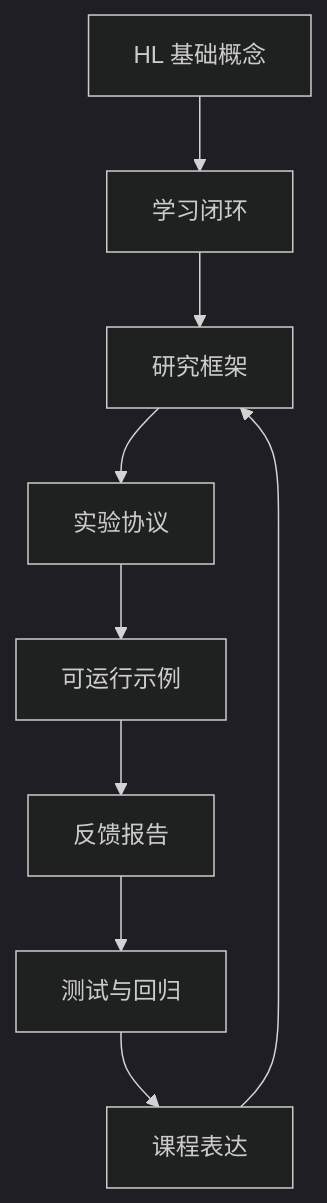
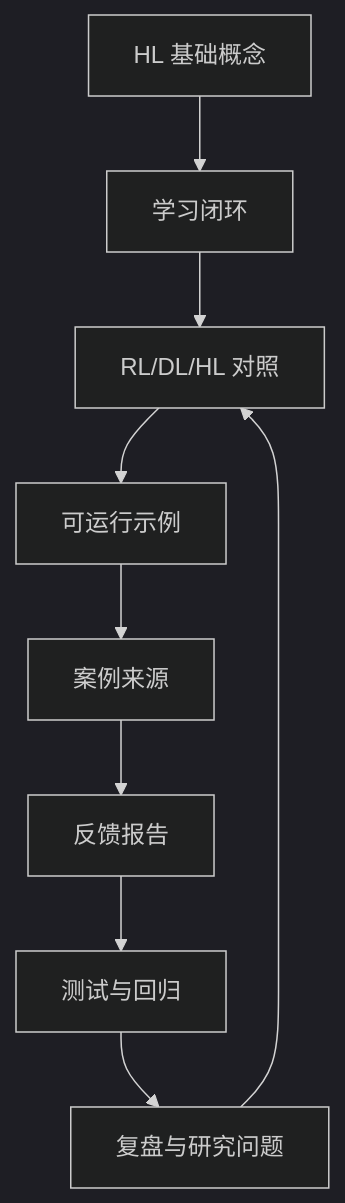
One commit to felixlark/heuristic-learning changed the diagram in docs/zh-cn/course-map/index.md. Above: the diagram before and after it, drawn with Mermaid (dark theme). The commit also changed other lines of this file and 32 other files, not shown here.

````diff
--- a/docs/zh-cn/course-map/index.md
+++ b/docs/zh-cn/course-map/index.md
@@ -21,11 +23,11 @@
 ```mermaid
 flowchart TD
   A[HL 基础概念] --> B[学习闭环]
-  B --> C[研究框架]
-  C --> D[实验协议]
-  D --> E[可运行示例]
+  B --> C[RL/DL/HL 对照]
+  C --> D[可运行示例]
+  D --> E[案例来源]
   E --> F[反馈报告]
   F --> G[测试与回归]
-  G --> H[课程表达]
+  G --> H[复盘与研究问题]
   H --> C
 ```
````
